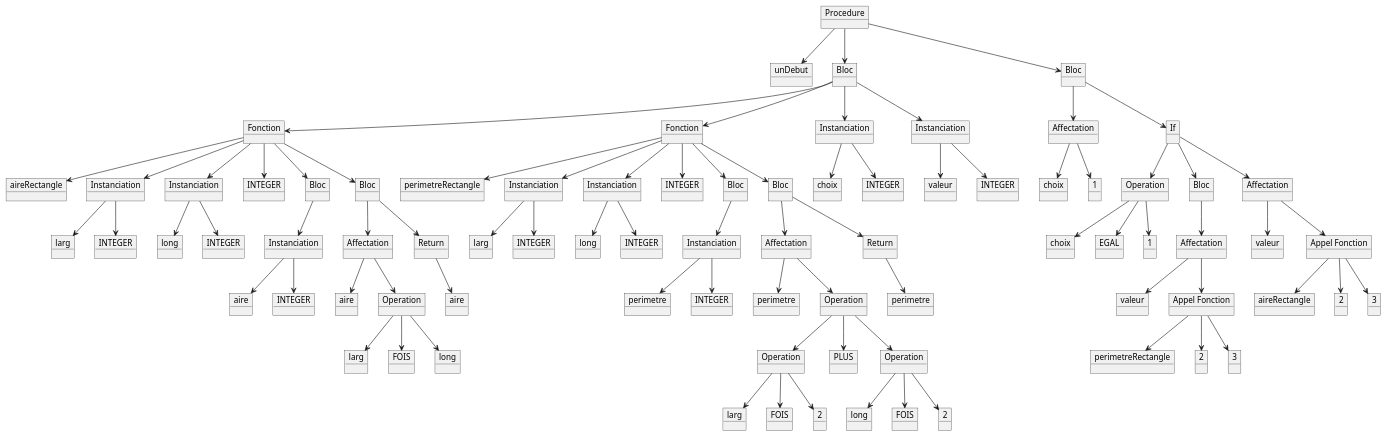
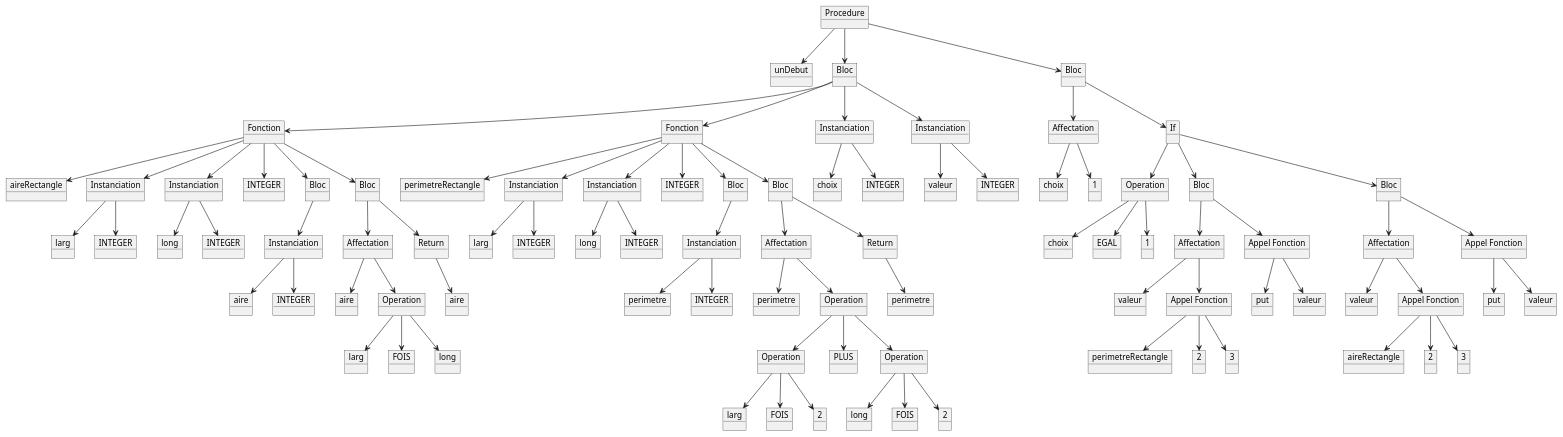
Before and after one commit to LeBoufty/pcl: the diagram in Programmes/unDebutTopDown.pu, drawn with PlantUML. The commit also changed 1 other file, not shown here.

Commit message:
Fonction put dans l'arbre

```diff
--- a/Programmes/unDebutTopDown.pu
+++ b/Programmes/unDebutTopDown.pu
@@ -1,163 +1,177 @@
 @startuml ArbreSyntaxique
 object "Procedure" as Procedure
 object "unDebut" as unDebut
 object "Bloc" as Bloc
 object "Bloc" as Bloc5
 object "Fonction" as Fonction
 object "Fonction" as Fonction1
 object "Instanciation" as Instanciation6
 object "Instanciation" as Instanciation7
 object "Affectation" as Affectation2
 object "If" as InstructionIf
 object "aireRectangle" as aireRectangle
 object "Instanciation" as Instanciation
 object "Instanciation" as Instanciation1
 object "INTEGER" as INTEGER__
 object "Bloc" as Bloc1
 object "Bloc" as Bloc2
 object "perimetreRectangle" as perimetreRectangle
 object "Instanciation" as Instanciation3
 object "Instanciation" as Instanciation4
 object "INTEGER" as INTEGER______
 object "Bloc" as Bloc3
 object "Bloc" as Bloc4
 object "choix" as choix
 object "INTEGER" as INTEGER________
 object "valeur" as valeur
 object "INTEGER" as INTEGER_________
 object "choix" as choix_
 object "1" as 1
 object "Operation" as Operation4
 object "Bloc" as Bloc6
-object "Affectation" as Affectation4
+object "Bloc" as Bloc7
 object "larg" as larg
 object "INTEGER" as INTEGER
 object "long" as long
 object "INTEGER" as INTEGER_
 object "Instanciation" as Instanciation2
 object "Affectation" as Affectation
 object "Return" as Return
 object "larg" as larg__
 object "INTEGER" as INTEGER____
 object "long" as long__
 object "INTEGER" as INTEGER_____
 object "Instanciation" as Instanciation5
 object "Affectation" as Affectation1
 object "Return" as Return1
 object "choix" as choix__
 object "EGAL" as EGAL
 object "1" as 1_
 object "Affectation" as Affectation3
-object "valeur" as valeur__
 object "Appel Fonction" as AppelFonction1
+object "Affectation" as Affectation4
+object "Appel Fonction" as AppelFonction3
 object "aire" as aire
 object "INTEGER" as INTEGER___
 object "aire" as aire_
 object "Operation" as Operation
 object "aire" as aire__
 object "perimetre" as perimetre
 object "INTEGER" as INTEGER_______
 object "perimetre" as perimetre_
 object "Operation" as Operation1
 object "perimetre" as perimetre__
 object "valeur" as valeur_
 object "Appel Fonction" as AppelFonction
-object "aireRectangle" as aireRectangle_
-object "2" as 2___
-object "3" as 3_
+object "put" as put
+object "valeur" as valeur__
+object "valeur" as valeur___
+object "Appel Fonction" as AppelFonction2
+object "put" as put_
+object "valeur" as valeur____
 object "larg" as larg_
 object "FOIS" as FOIS
 object "long" as long_
 object "Operation" as Operation2
 object "PLUS" as PLUS
 object "Operation" as Operation3
 object "perimetreRectangle" as perimetreRectangle_
 object "2" as 2__
 object "3" as 3
+object "aireRectangle" as aireRectangle_
+object "2" as 2___
+object "3" as 3_
 object "larg" as larg___
 object "FOIS" as FOIS_
 object "2" as 2
 object "long" as long___
 object "FOIS" as FOIS__
 object "2" as 2_
 Procedure -down-> unDebut
 Procedure -down-> Bloc
 Procedure -down-> Bloc5
 Bloc -down-> Fonction
 Bloc -down-> Fonction1
 Bloc -down-> Instanciation6
 Bloc -down-> Instanciation7
 Bloc5 -down-> Affectation2
 Bloc5 -down-> InstructionIf
 Fonction -down-> aireRectangle
 Fonction -down-> Instanciation
 Fonction -down-> Instanciation1
 Fonction -down-> INTEGER__
 Fonction -down-> Bloc1
 Fonction -down-> Bloc2
 Fonction1 -down-> perimetreRectangle
 Fonction1 -down-> Instanciation3
 Fonction1 -down-> Instanciation4
 Fonction1 -down-> INTEGER______
 Fonction1 -down-> Bloc3
 Fonction1 -down-> Bloc4
 Instanciation6 -down-> choix
 Instanciation6 -down-> INTEGER________
 Instanciation7 -down-> valeur
 Instanciation7 -down-> INTEGER_________
 Affectation2 -down-> choix_
 Affectation2 -down-> 1
 InstructionIf -down-> Operation4
 InstructionIf -down-> Bloc6
-InstructionIf -down-> Affectation4
+InstructionIf -down-> Bloc7
 Instanciation -down-> larg
 Instanciation -down-> INTEGER
 Instanciation1 -down-> long
 Instanciation1 -down-> INTEGER_
 Bloc1 -down-> Instanciation2
 Bloc2 -down-> Affectation
 Bloc2 -down-> Return
 Instanciation3 -down-> larg__
 Instanciation3 -down-> INTEGER____
 Instanciation4 -down-> long__
 Instanciation4 -down-> INTEGER_____
 Bloc3 -down-> Instanciation5
 Bloc4 -down-> Affectation1
 Bloc4 -down-> Return1
 Operation4 -down-> choix__
 Operation4 -down-> EGAL
 Operation4 -down-> 1_
 Bloc6 -down-> Affectation3
-Affectation4 -down-> valeur__
-Affectation4 -down-> AppelFonction1
+Bloc6 -down-> AppelFonction1
+Bloc7 -down-> Affectation4
+Bloc7 -down-> AppelFonction3
 Instanciation2 -down-> aire
 Instanciation2 -down-> INTEGER___
 Affectation -down-> aire_
 Affectation -down-> Operation
 Return -down-> aire__
 Instanciation5 -down-> perimetre
 Instanciation5 -down-> INTEGER_______
 Affectation1 -down-> perimetre_
 Affectation1 -down-> Operation1
 Return1 -down-> perimetre__
 Affectation3 -down-> valeur_
 Affectation3 -down-> AppelFonction
-AppelFonction1 -down-> aireRectangle_
-AppelFonction1 -down-> 2___
-AppelFonction1 -down-> 3_
+AppelFonction1 -down-> put
+AppelFonction1 -down-> valeur__
+Affectation4 -down-> valeur___
+Affectation4 -down-> AppelFonction2
+AppelFonction3 -down-> put_
+AppelFonction3 -down-> valeur____
 Operation -down-> larg_
 Operation -down-> FOIS
 Operation -down-> long_
 Operation1 -down-> Operation2
 Operation1 -down-> PLUS
 Operation1 -down-> Operation3
 AppelFonction -down-> perimetreRectangle_
 AppelFonction -down-> 2__
 AppelFonction -down-> 3
+AppelFonction2 -down-> aireRectangle_
+AppelFonction2 -down-> 2___
+AppelFonction2 -down-> 3_
 Operation2 -down-> larg___
 Operation2 -down-> FOIS_
 Operation2 -down-> 2
 Operation3 -down-> long___
 Operation3 -down-> FOIS__
 Operation3 -down-> 2_
 @enduml
```
